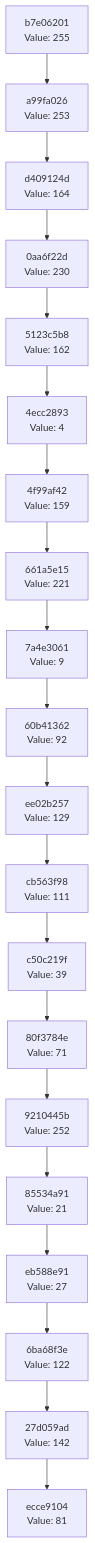
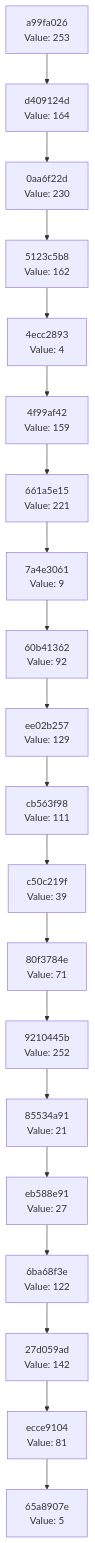
Before and after one commit to Abhisheksinha1506/hash-chain-evolver: the diagram in docs/CHAIN_VISUALIZATION.md, drawn with Mermaid. The commit also changed 2 other files, not shown here.

Commit message:
Evolution Step

````diff
--- a/docs/CHAIN_VISUALIZATION.md
+++ b/docs/CHAIN_VISUALIZATION.md
@@ -3,42 +3,42 @@
 ```mermaid
 graph TD
-    C0["ecce9104<br/>Value: 81"]
-    C1["27d059ad<br/>Value: 142"]
+    C0["65a8907e<br/>Value: 5"]
+    C1["ecce9104<br/>Value: 81"]
     C1 --> C0
-    C2["6ba68f3e<br/>Value: 122"]
+    C2["27d059ad<br/>Value: 142"]
     C2 --> C1
-    C3["eb588e91<br/>Value: 27"]
+    C3["6ba68f3e<br/>Value: 122"]
     C3 --> C2
-    C4["85534a91<br/>Value: 21"]
+    C4["eb588e91<br/>Value: 27"]
     C4 --> C3
-    C5["9210445b<br/>Value: 252"]
+    C5["85534a91<br/>Value: 21"]
     C5 --> C4
-    C6["80f3784e<br/>Value: 71"]
+    C6["9210445b<br/>Value: 252"]
     C6 --> C5
-    C7["c50c219f<br/>Value: 39"]
+    C7["80f3784e<br/>Value: 71"]
     C7 --> C6
-    C8["cb563f98<br/>Value: 111"]
+    C8["c50c219f<br/>Value: 39"]
     C8 --> C7
-    C9["ee02b257<br/>Value: 129"]
+    C9["cb563f98<br/>Value: 111"]
     C9 --> C8
-    C10["60b41362<br/>Value: 92"]
+    C10["ee02b257<br/>Value: 129"]
     C10 --> C9
-    C11["7a4e3061<br/>Value: 9"]
+    C11["60b41362<br/>Value: 92"]
     C11 --> C10
-    C12["661a5e15<br/>Value: 221"]
+    C12["7a4e3061<br/>Value: 9"]
     C12 --> C11
-    C13["4f99af42<br/>Value: 159"]
+    C13["661a5e15<br/>Value: 221"]
     C13 --> C12
-    C14["4ecc2893<br/>Value: 4"]
+    C14["4f99af42<br/>Value: 159"]
     C14 --> C13
-    C15["5123c5b8<br/>Value: 162"]
+    C15["4ecc2893<br/>Value: 4"]
     C15 --> C14
-    C16["0aa6f22d<br/>Value: 230"]
+    C16["5123c5b8<br/>Value: 162"]
     C16 --> C15
-    C17["d409124d<br/>Value: 164"]
+    C17["0aa6f22d<br/>Value: 230"]
     C17 --> C16
-    C18["a99fa026<br/>Value: 253"]
+    C18["d409124d<br/>Value: 164"]
     C18 --> C17
-    C19["b7e06201<br/>Value: 255"]
+    C19["a99fa026<br/>Value: 253"]
     C19 --> C18
 ```
````
